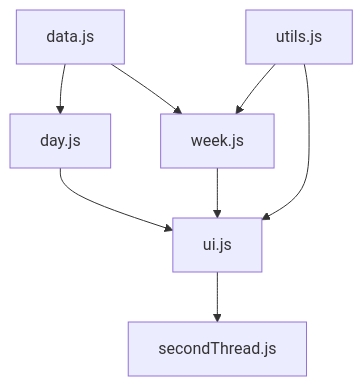
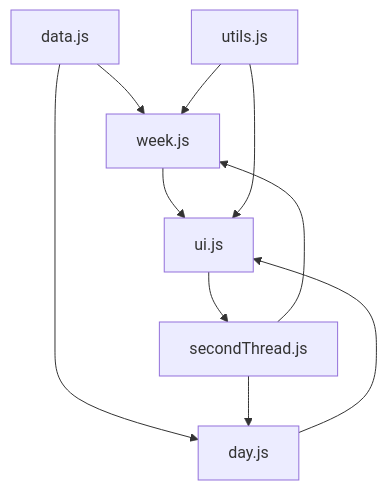
The diagram in Structure.md (ghrlcu06e20l500g/itis_raining), drawn with Mermaid before and after one commit. The commit also changed 2 other files, not shown here.

````diff
--- a/Structure.md
+++ b/Structure.md
@@ -3,10 +3,12 @@
 ``` mermaid
 flowchart TD
     data.js --> week.js
     data.js --> day.js
     day.js --> ui.js
     week.js --> ui.js
     utils.js --> ui.js
     utils.js --> week.js
     ui.js --> secondThread.js
+    secondThread.js --> day.js
+    secondThread.js --> week.js
 ```
````
